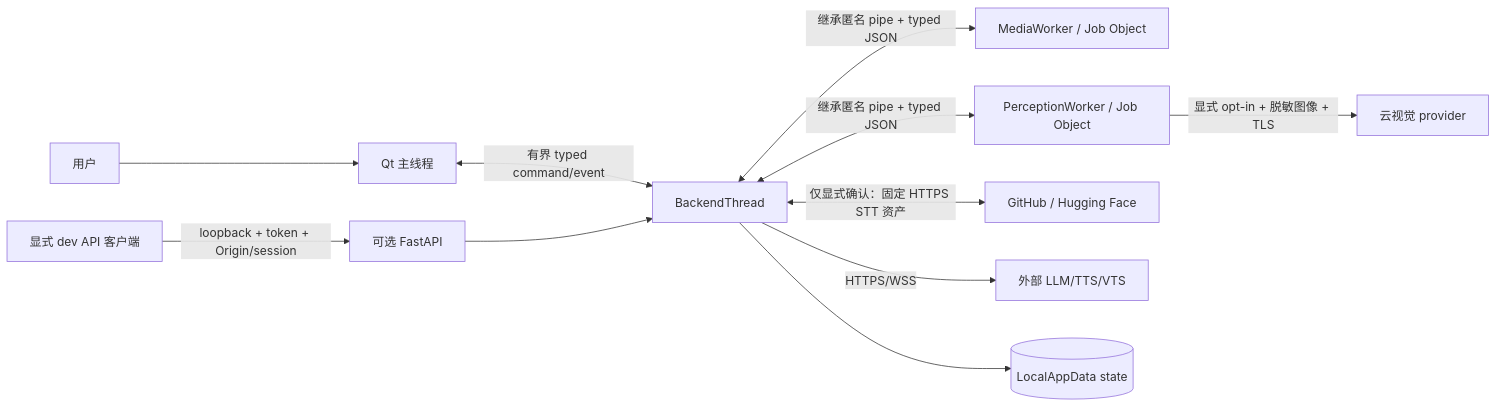
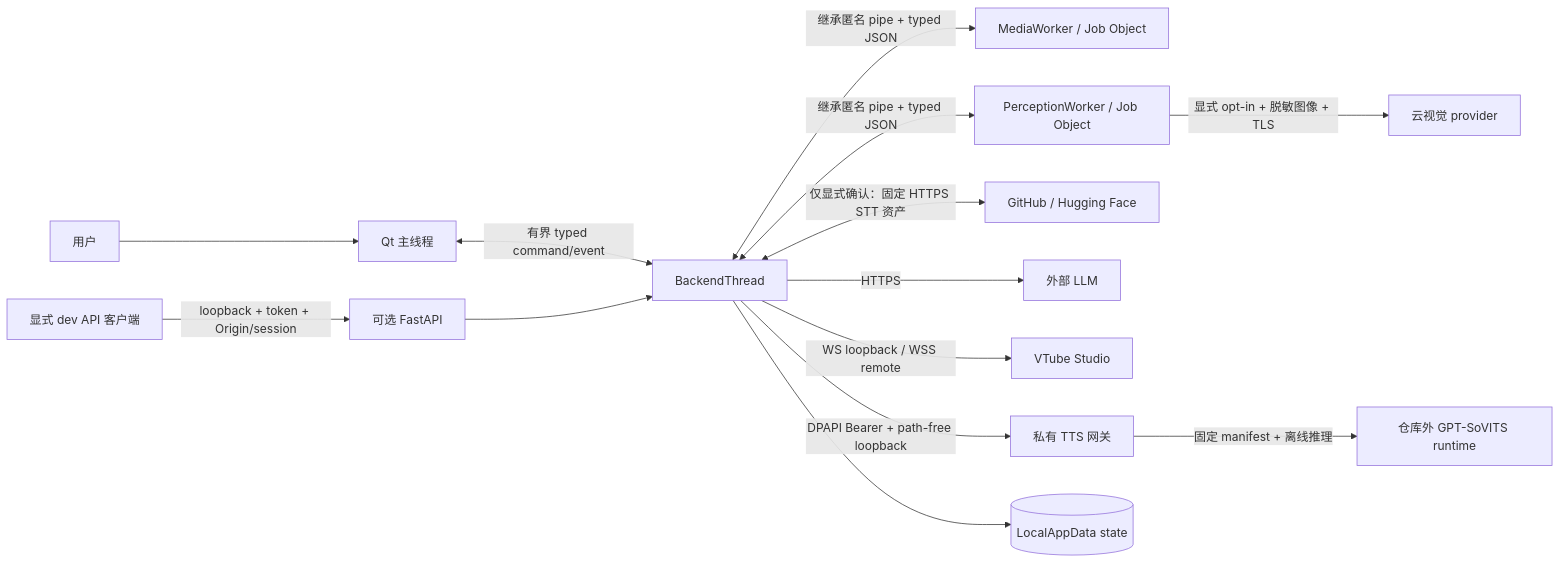
The first of 5 diagrams in docs/architecture/windows_data_flow_inventory.md (mizusawa-matsuri937/megumin_companion_ai), drawn with Mermaid before and after one commit. The commit also changed other lines of this file and 63 other files, not shown here.

Commit message:
W29 implement five-emotion TTS and VTS coordination

````diff
--- a/docs/architecture/windows_data_flow_inventory.md
+++ b/docs/architecture/windows_data_flow_inventory.md
@@ -15,13 +15,16 @@
 ```mermaid
 flowchart LR
     U["用户"] --> Q["Qt 主线程"]
     Q <-->|"有界 typed command/event"| B["BackendThread"]
     D["显式 dev API 客户端"] -->|"loopback + token + Origin/session"| A["可选 FastAPI"]
     A --> B
     B <-->|"继承匿名 pipe + typed JSON"| M["MediaWorker / Job Object"]
     B <-->|"继承匿名 pipe + typed JSON"| P["PerceptionWorker / Job Object"]
     B <-->|"仅显式确认：固定 HTTPS STT 资产"| R["GitHub / Hugging Face"]
-    B -->|"HTTPS/WSS"| E["外部 LLM/TTS/VTS"]
+    B -->|"HTTPS"| L["外部 LLM"]
+    B -->|"WS loopback / WSS remote"| V["VTube Studio"]
+    B -->|"DPAPI Bearer + path-free loopback"| G["私有 TTS 网关"]
+    G -->|"固定 manifest + 离线推理"| T["仓库外 GPT-SoVITS runtime"]
     P -->|"显式 opt-in + 脱敏图像 + TLS"| C["云视觉 provider"]
     B --> S[("LocalAppData state")]
 ```
````
